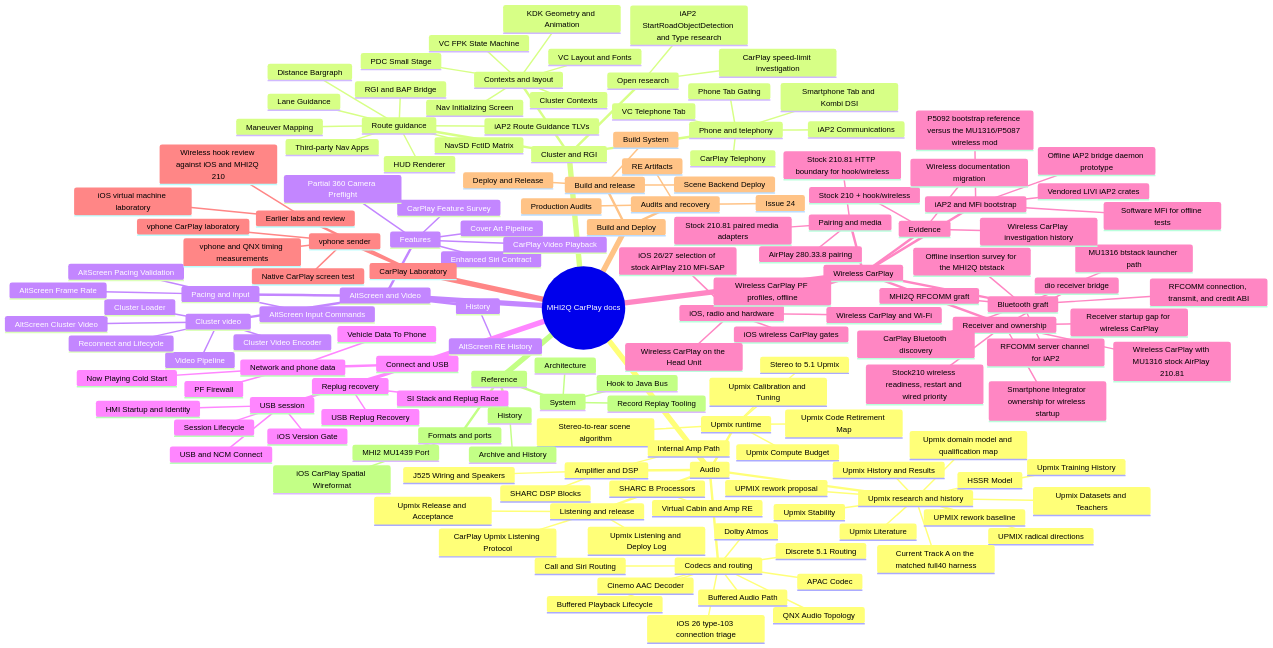
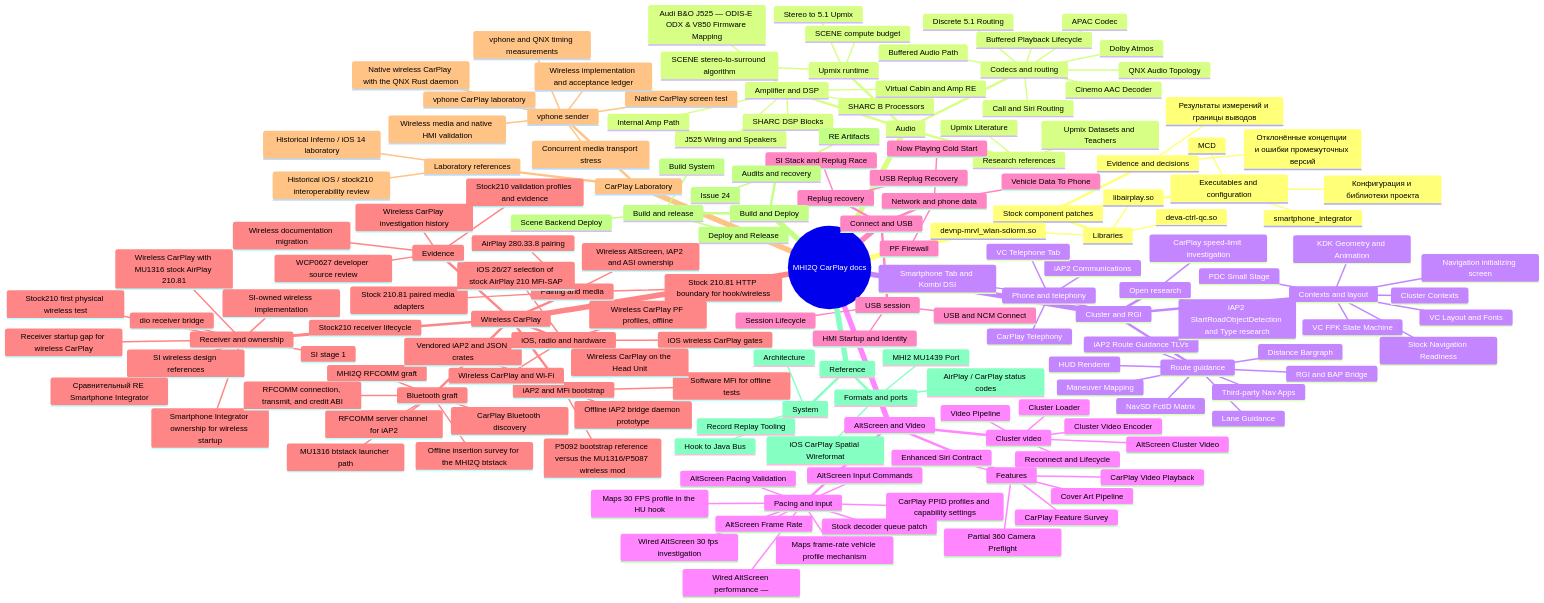
The diagram in docs/README.md (luka-dev/mib2q-carplay-rgi), drawn with Mermaid before and after one commit. The commit also changed other lines of this file and 820 other files, not shown here.

````diff
--- a/docs/README.md
+++ b/docs/README.md
@@ -66,31 +90,29 @@
 ```mermaid
 mindmap
   root((MHI2Q CarPlay docs))
+    Stock component patches
+      Libraries
+        devnp-mrvl_wlan-sdiorm.so
+        libairplay.so
+        deva-ctrl-qc.so
+      Executables and configuration
+        smartphone_integrator
+        MCD
+        Конфигурация и библиотеки проекта
+      Evidence and decisions
+        Результаты измерений и границы выводов
+        Отклонённые концепции и ошибки промежуточных версий
     Audio
       Upmix runtime
         Stereo to 5.1 Upmix
-        Stereo-to-rear scene algorithm
-        Upmix Calibration and Tuning
-        Upmix Compute Budget
-        Upmix Code Retirement Map
-      Upmix research and history
-        Upmix History and Results
-        UPMIX rework baseline
-        UPMIX rework proposal
-        UPMIX radical directions
-        Upmix Stability
-        Current Track A on the matched full40 harness
-        Upmix Training History
+        SCENE stereo-to-surround algorithm
+        SCENE compute budget
+      Research references
         Upmix Datasets and Teachers
         Upmix Literature
-        Upmix domain model and qualification map
-        HSSR Model
-      Listening and release
-        CarPlay Upmix Listening Protocol
-        Upmix Listening and Deploy Log
-        Upmix Release and Acceptance
       Amplifier and DSP
         Virtual Cabin and Amp RE
+        Audi B&O J525 — ODIS-E ODX & V850 Firmware Mapping
         J525 Wiring and Speakers
         SHARC B Processors
         SHARC DSP Blocks
@@ -104,7 +126,6 @@
         Buffered Playback Lifecycle
         Call and Siri Routing
         QNX Audio Topology
-        iOS 26 type-103 connection triage
     Cluster and RGI
       Contexts and layout
         Cluster Contexts
@@ -112,7 +133,8 @@
         VC Layout and Fonts
         VC FPK State Machine
         PDC Small Stage
-        Nav Initializing Screen
+        Navigation initializing screen
+        Stock Navigation Readiness
       Route guidance
         RGI and BAP Bridge
         iAP2 Route Guidance TLVs
@@ -126,7 +148,6 @@
         CarPlay Telephony
         iAP2 Communications
         VC Telephone Tab
-        Phone Tab Gating
         Smartphone Tab and Kombi DSI
       Open research
         CarPlay speed-limit investigation
@@ -142,19 +163,22 @@
         AltScreen Frame Rate
         AltScreen Pacing Validation
         AltScreen Input Commands
+        Wired AltScreen 30 fps investigation
+        Maps frame-rate vehicle profile mechanism
+        Maps 30 FPS profile in the HU hook
+        CarPlay PPID profiles and capability settings
+        Stock decoder queue patch
+        Wired AltScreen performance —
       Features
         Cover Art Pipeline
         Enhanced Siri Contract
         CarPlay Video Playback
         CarPlay Feature Survey
         Partial 360 Camera Preflight
-      History
-        AltScreen RE History
     Connect and USB
       USB session
         USB and NCM Connect
         Session Lifecycle
-        iOS Version Gate
         HMI Startup and Identity
       Replug recovery
         USB Replug Recovery
@@ -166,10 +190,15 @@
     Wireless CarPlay
       Receiver and ownership
         Wireless CarPlay with MU1316 stock AirPlay 210.81
-        Stock210 wireless readiness, restart and wired priority
+        Stock210 receiver lifecycle
+        Stock210 first physical wireless test
         Receiver startup gap for wireless CarPlay
         dio receiver bridge
         Smartphone Integrator ownership for wireless startup
+        SI wireless design references
+        Сравнительный RE Smartphone Integrator
+        SI stage 1
+        SI-owned wireless implementation
       Bluetooth graft
         MHI2Q RFCOMM graft
         Offline insertion survey for the MHI2Q btstack
@@ -179,13 +208,14 @@
         CarPlay Bluetooth discovery
       iAP2 and MFi bootstrap
         Offline iAP2 bridge daemon prototype
-        Vendored LIVI iAP2 crates
+        Vendored iAP2 and JSON crates
         Software MFi for offline tests
         P5092 bootstrap reference versus the MU1316/P5087 wireless mod
       Pairing and media
         Stock 210.81 HTTP boundary for hook/wireless
         Stock 210.81 paired media adapters
         AirPlay 280.33.8 pairing
+        Wireless AltScreen, iAP2 and ASI ownership
       iOS, radio and hardware
         iOS 26/27 selection of stock AirPlay 210 MFi-SAP
         iOS wireless CarPlay gates
@@ -193,24 +223,28 @@
         Wireless CarPlay on the Head Unit
         Wireless CarPlay PF profiles, offline
       Evidence
-        Stock 210 + hook/wireless
+        Stock210 validation profiles and evidence
+        WCP0627 developer source review
         Wireless CarPlay investigation history
         Wireless documentation migration
     CarPlay Laboratory
       vphone sender
         vphone CarPlay laboratory
         vphone and QNX timing measurements
+        Native wireless CarPlay with the QNX Rust daemon
         Native CarPlay screen test
-      Earlier labs and review
-        iOS virtual machine laboratory
-        Wireless hook review against iOS and MHI2Q 210
+        Concurrent media transport stress
+        Wireless media and native HMI validation
+        Wireless implementation and acceptance ledger
+      Laboratory references
+        Historical Inferno / iOS 14 laboratory
+        Historical iOS / stock210 interoperability review
     Build and Deploy
       Build and release
         Build System
         Deploy and Release
         Scene Backend Deploy
       Audits and recovery
-        Production Audits
         Issue 24
         RE Artifacts
     Reference
@@ -221,6 +255,5 @@
       Formats and ports
         iOS CarPlay Spatial Wireformat
         MHI2 MU1439 Port
-      History
-        Archive and History
+        AirPlay / CarPlay status codes
 ```
````
